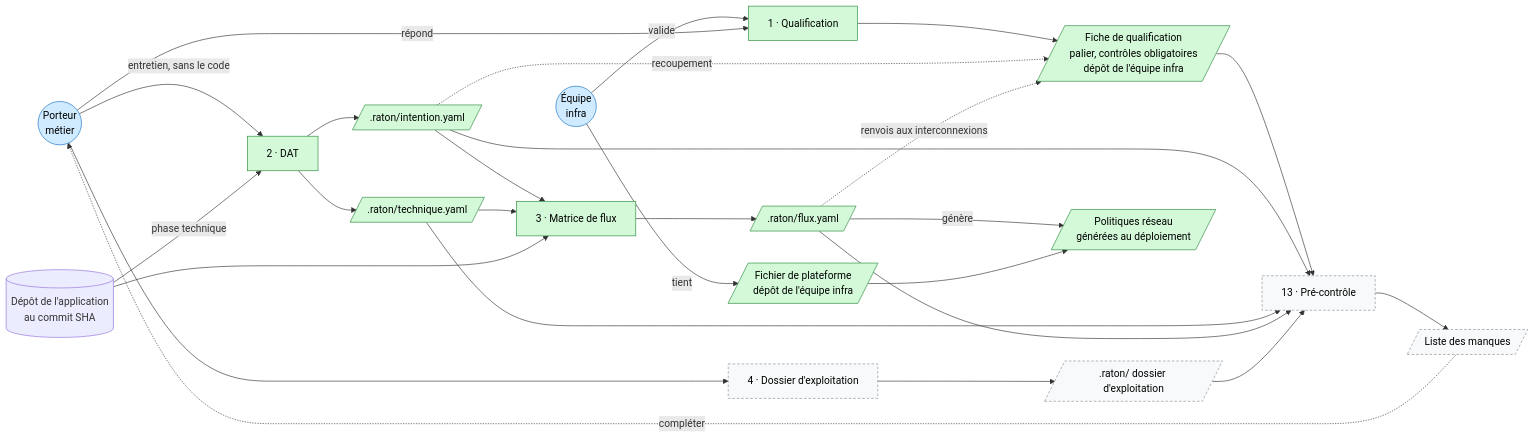
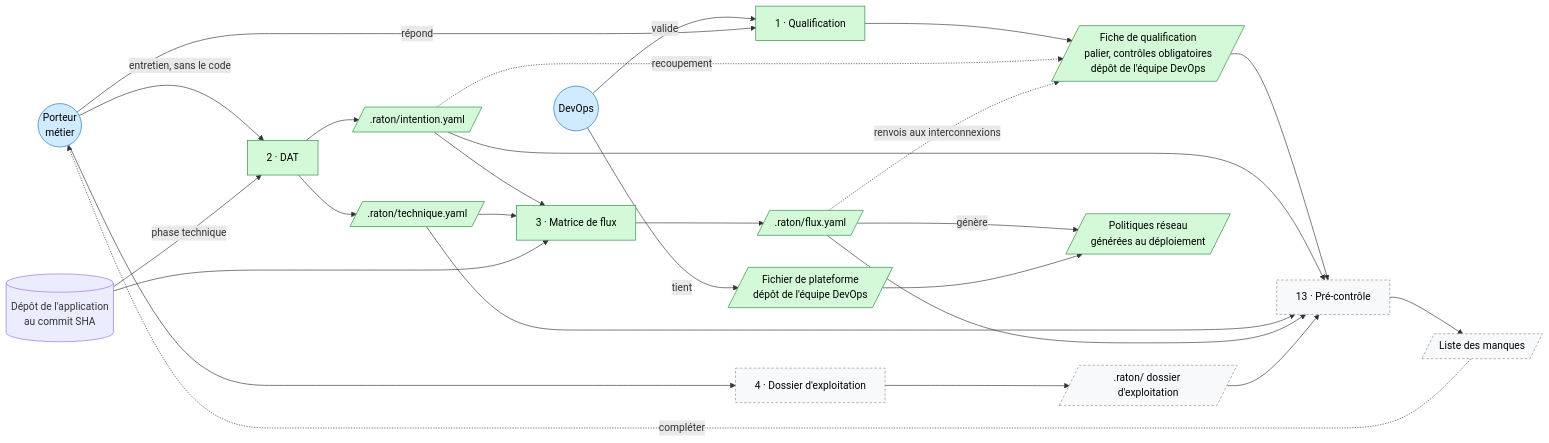
The third of 5 diagrams in docs/architecture.md (Jul0ow/Raton), drawn with Mermaid before and after one commit. The commit also changed other lines of this file and 26 other files, not shown here.

First line of the commit message:
Valide la note, ajoute la boucle de refus et renomme l'équipe infra en DevOps

````diff
--- a/docs/architecture.md
+++ b/docs/architecture.md
@@ -111,55 +128,55 @@
 ```mermaid
 flowchart LR
   M(("Porteur<br/>métier"))
-  E(("Équipe<br/>infra"))
+  E(("DevOps"))
   CODE[("Dépôt de l'application<br/>au commit SHA")]
 
   Q["1 · Qualification"]
   DAT["2 · DAT"]
   MF["3 · Matrice de flux"]
   EXP["4 · Dossier d'exploitation"]
   PC["13 · Pré-contrôle"]
 
-  QF[/"Fiche de qualification<br/>palier, contrôles obligatoires<br/>dépôt de l'équipe infra"/]
+  QF[/"Fiche de qualification<br/>palier, contrôles obligatoires<br/>dépôt de l'équipe DevOps"/]
   INT[/".raton/intention.yaml"/]
   TEC[/".raton/technique.yaml"/]
   EXF[/".raton/ dossier d'exploitation"/]
   FLX[/".raton/flux.yaml"/]
-  PLT[/"Fichier de plateforme<br/>dépôt de l'équipe infra"/]
+  PLT[/"Fichier de plateforme<br/>dépôt de l'équipe DevOps"/]
   NP[/"Politiques réseau<br/>générées au déploiement"/]
   MQ[/"Liste des manques"/]
 
   E -->|"valide"| Q
   M -->|"répond"| Q
   M -->|"entretien, sans le code"| DAT
   CODE -->|"phase technique"| DAT
   Q --> QF
   DAT --> INT
   DAT --> TEC
   INT -.->|"recoupement"| QF
   INT --> MF
   TEC --> MF
   CODE --> MF
   MF --> FLX
   FLX -.->|"renvois aux interconnexions"| QF
   FLX -->|"génère"| NP
   E -->|"tient"| PLT
   PLT --> NP
   M --> EXP
   EXP --> EXF
   QF --> PC
   INT --> PC
   TEC --> PC
   FLX --> PC
   EXF --> PC
   PC --> MQ
   MQ -.->|"compléter"| M
 
   classDef humain fill:#d0ebff,stroke:#1971c2,color:#000
   classDef fait fill:#d3f9d8,stroke:#2b8a3e,color:#000
   classDef propose fill:#fff3bf,stroke:#e67700,color:#000
   classDef afaire fill:#f8f9fa,stroke:#868e96,color:#000,stroke-dasharray:4 3
   class M,E humain
   class Q,QF,DAT,INT,TEC,MF,FLX,PLT,NP fait
   class EXP,PC,EXF,MQ afaire
 ```
````
